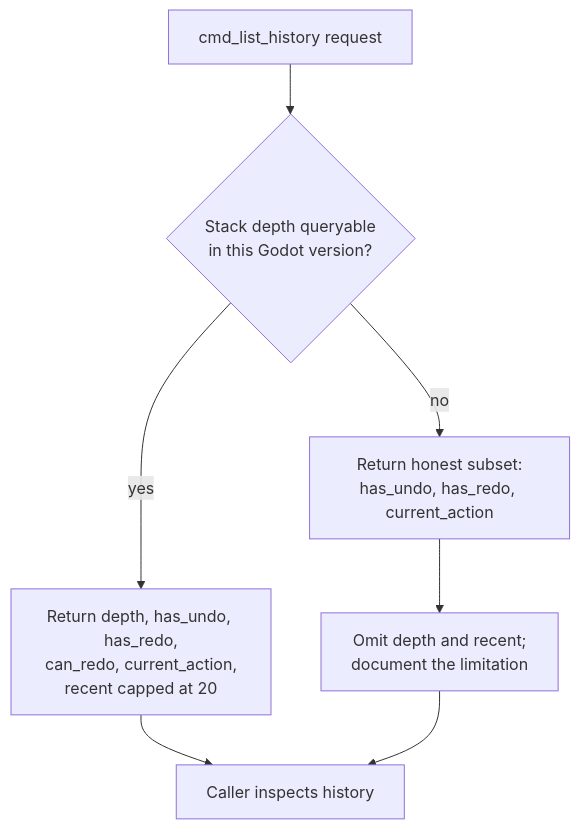
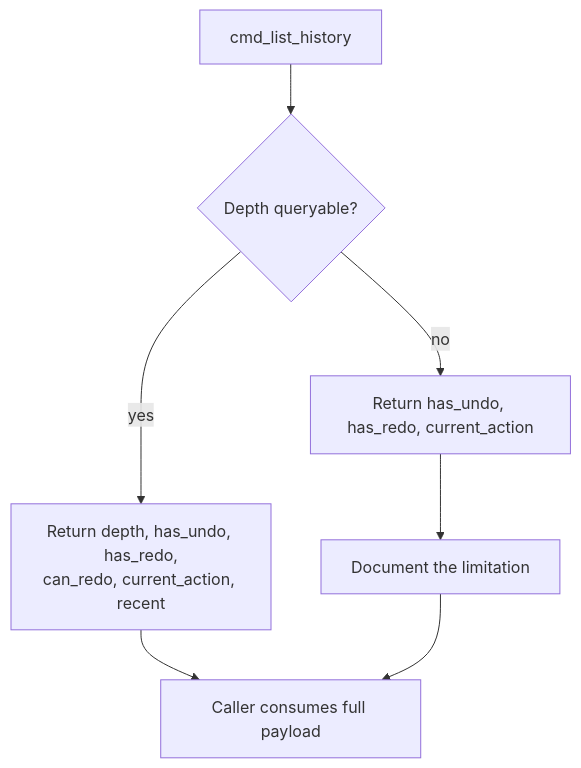
One commit to hybridindie/wiki-fabric changed the diagram in wiki/topics/godot-undo-redo-history-api.md. Above: the diagram before and after it, drawn with Mermaid. The commit also changed other lines of this file and 43 other files, not shown here.

````diff
--- a/wiki/topics/godot-undo-redo-history-api.md
+++ b/wiki/topics/godot-undo-redo-history-api.md
@@ -26,9 +30,9 @@
 ```mermaid
 flowchart TD
-    A[cmd_list_history request] --> B{Stack depth queryable<br/>in this Godot version?}
-    B -- yes --> C[Return depth, has_undo, has_redo,<br/>can_redo, current_action,<br/>recent capped at 20]
-    B -- no --> D[Return honest subset:<br/>has_undo, has_redo, current_action]
-    D --> E[Omit depth and recent;<br/>document the limitation]
-    C --> F[Caller inspects history]
+    A[cmd_list_history] --> B{Depth queryable?}
+    B -- yes --> C[Return depth, has_undo, has_redo,<br/>can_redo, current_action, recent]
+    B -- no --> D[Return has_undo, has_redo, current_action]
+    D --> E[Document the limitation]
+    C --> F[Caller consumes full payload]
     E --> F
 ```
````
